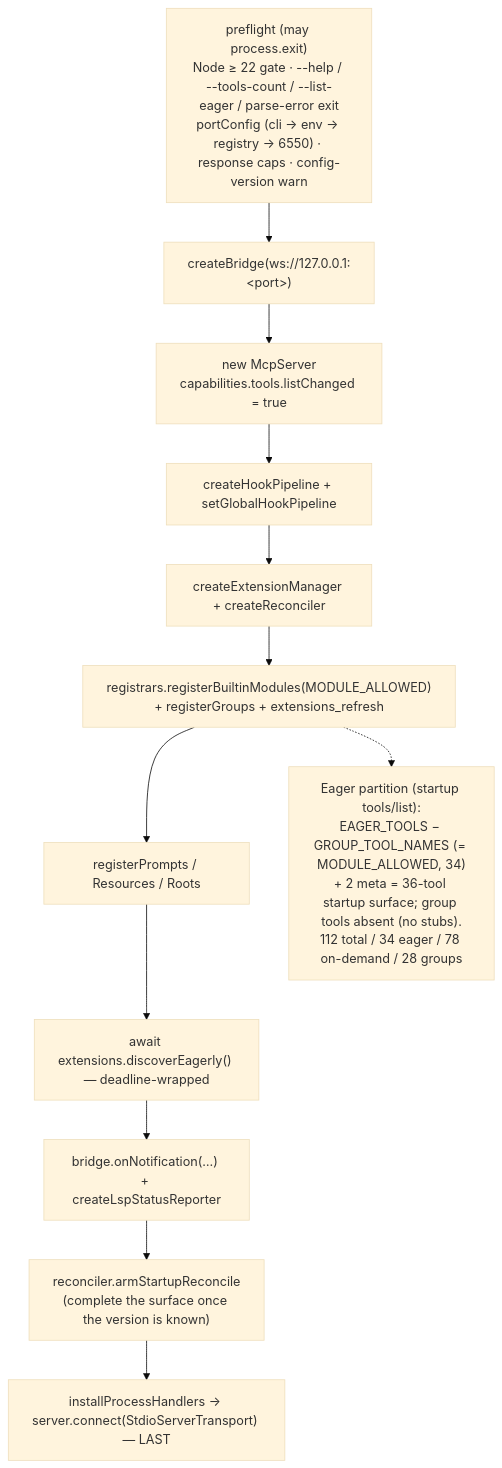
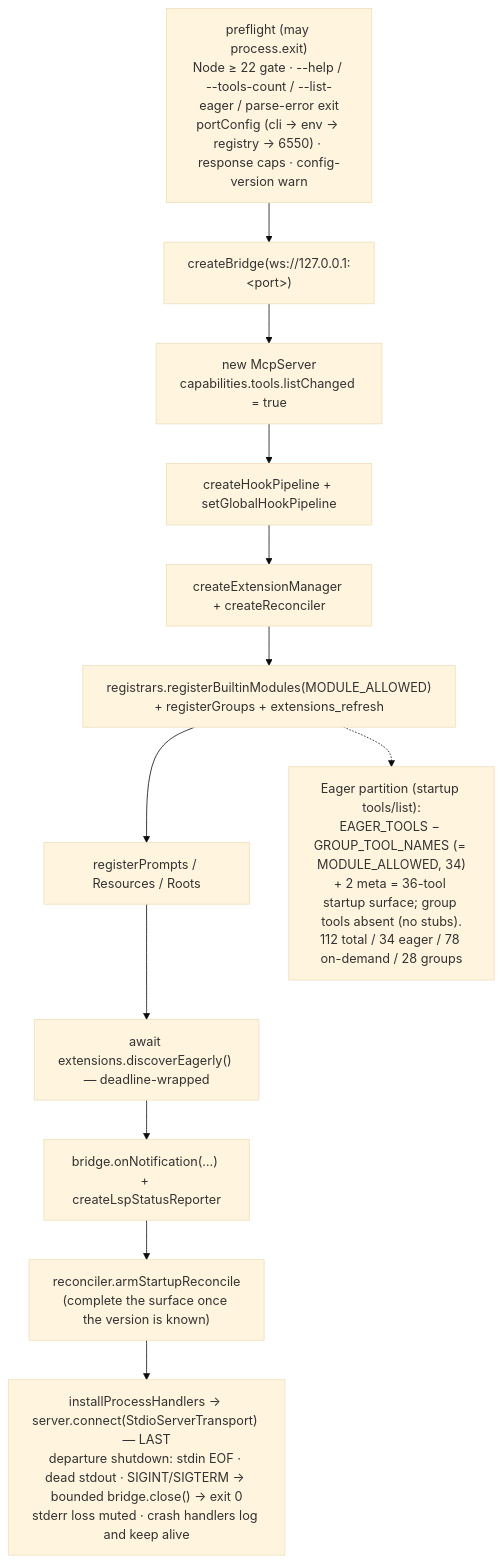
Before and after one commit to NPGameDev/godot-mcp-server: the third of 13 diagrams in docs/architecture/README.md, drawn with Mermaid (base theme). The commit also changed other lines of this file and 8 other files, not shown here.

````diff
--- a/docs/architecture/README.md
+++ b/docs/architecture/README.md
@@ -204,17 +204,17 @@
 ```mermaid
 flowchart TD
     pre["preflight (may process.exit)<br/>Node ≥ 22 gate · --help / --tools-count / --list-eager / parse-error exit<br/>portConfig (cli → env → registry → 6550) · response caps · config-version warn"]
     bridge["createBridge(ws://127.0.0.1:&lt;port&gt;)"]
     srv["new McpServer<br/>capabilities.tools.listChanged = true"]
     hooks["createHookPipeline + setGlobalHookPipeline"]
     subsys["createExtensionManager + createReconciler"]
     reg["registrars.registerBuiltinModules(MODULE_ALLOWED)<br/>+ registerGroups + extensions_refresh"]
     mcpcap["registerPrompts / Resources / Roots"]
     eager["await extensions.discoverEagerly() — deadline-wrapped"]
     notif["bridge.onNotification(…) + createLspStatusReporter"]
     recon["reconciler.armStartupReconcile<br/>(complete the surface once the version is known)"]
-    conn["installProcessHandlers → server.connect(StdioServerTransport) — LAST"]
+    conn["installProcessHandlers → server.connect(StdioServerTransport) — LAST<br/>departure shutdown: stdin EOF · dead stdout · SIGINT/SIGTERM → bounded bridge.close() → exit 0<br/>stderr loss muted · crash handlers log and keep alive"]
     pre --> bridge --> srv --> hooks --> subsys --> reg --> mcpcap --> eager --> notif --> recon --> conn
     part["Eager partition (startup tools/list):<br/>EAGER_TOOLS − GROUP_TOOL_NAMES (= MODULE_ALLOWED, 34)<br/>+ 2 meta = 36-tool startup surface; group tools absent (no stubs).<br/>112 total / 34 eager / 78 on-demand / 28 groups"]
     reg -.-> part
 ```
````
